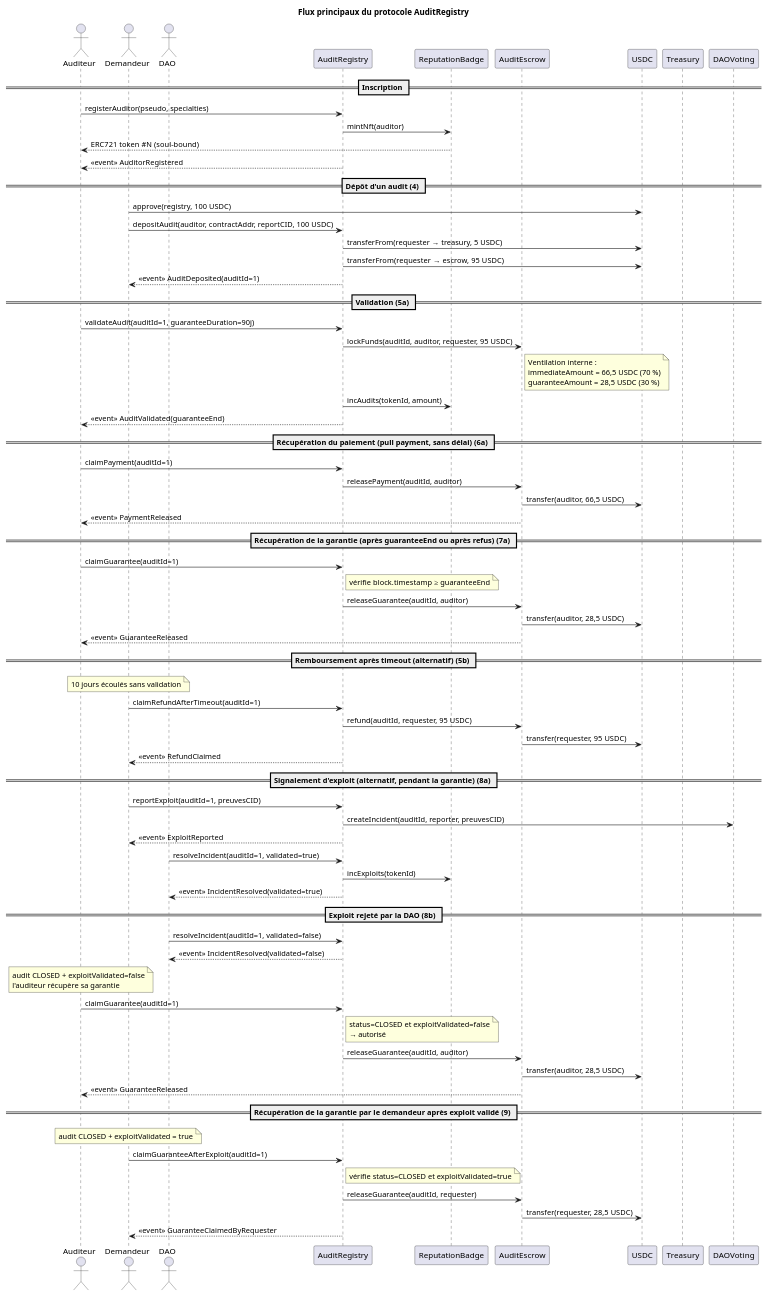
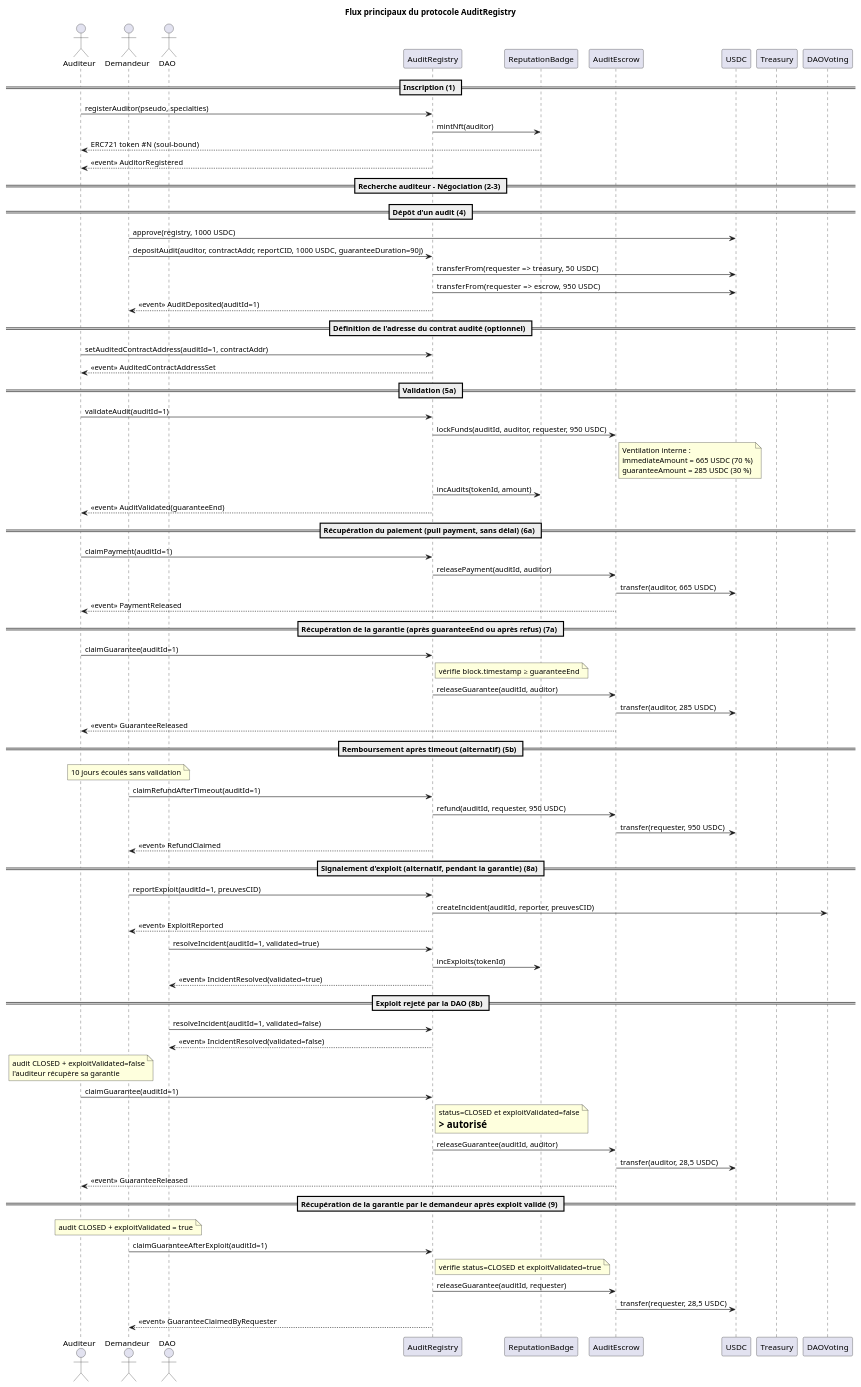
One commit to olivier4429/AlyraProjetFinal changed the diagram in docs/sequence.puml. Above: the diagram before and after it, drawn with PlantUML. The commit also changed 22 other files, not shown here.

```diff
--- a/docs/sequence.puml
+++ b/docs/sequence.puml
@@ -1,94 +1,101 @@
 @startuml sequence
 title Flux principaux du protocole AuditRegistry
 
 actor       Auditeur   as A
 actor       Demandeur  as D
 actor       DAO        as DAO
 participant AuditRegistry  as R
 participant ReputationBadge as B
 participant AuditEscrow    as E
 participant USDC           as U
 participant Treasury       as T
 participant DAOVoting      as V
 
-== Inscription ==
+== Inscription (1) ==
 
 A  -> R : registerAuditor(pseudo, specialties)
 R  -> B : mintNft(auditor)
 B --> A : ERC721 token #N  (soul-bound)
 R --> A : <<event>> AuditorRegistered
 
+== Recherche auditeur - Négociation (2-3) ==
+
 == Dépôt d'un audit (4) ==
 
-D  -> U : approve(registry, 100 USDC)
-D  -> R : depositAudit(auditor, contractAddr, reportCID, 100 USDC)
-R  -> U : transferFrom(requester → treasury,  5 USDC)
-R  -> U : transferFrom(requester → escrow,   95 USDC)
+D  -> U : approve(registry, 1000 USDC)
+D  -> R : depositAudit(auditor, contractAddr, reportCID, 1000 USDC, guaranteeDuration=90j)
+R  -> U : transferFrom(requester => treasury,  50 USDC)
+R  -> U : transferFrom(requester => escrow,   950 USDC)
 R --> D : <<event>> AuditDeposited(auditId=1)
+
+== Définition de l'adresse du contrat audité (optionnel) ==
+
+A  -> R : setAuditedContractAddress(auditId=1, contractAddr)
+R --> A : <<event>> AuditedContractAddressSet
 
 == Validation (5a) ==
 
-A  -> R : validateAudit(auditId=1, guaranteeDuration=90j)
-R  -> E : lockFunds(auditId, auditor, requester, 95 USDC)
+A  -> R : validateAudit(auditId=1)
+R  -> E : lockFunds(auditId, auditor, requester, 950 USDC)
 note right of E
   Ventilation interne :
-  immediateAmount = 66,5 USDC (70 %)
-  guaranteeAmount = 28,5 USDC (30 %)
+  immediateAmount = 665 USDC (70 %)
+  guaranteeAmount = 285 USDC (30 %)
 end note
 R  -> B : incAudits(tokenId, amount)
 R --> A : <<event>> AuditValidated(guaranteeEnd)
 
 == Récupération du paiement (pull payment, sans délai) (6a) ==
 
 A  -> R : claimPayment(auditId=1)
 R  -> E : releasePayment(auditId, auditor)
-E  -> U : transfer(auditor, 66,5 USDC)
+E  -> U : transfer(auditor, 665 USDC)
 E --> A : <<event>> PaymentReleased
 
 == Récupération de la garantie (après guaranteeEnd ou après refus) (7a) ==
 
 A  -> R : claimGuarantee(auditId=1)
 note right of R : vérifie block.timestamp ≥ guaranteeEnd
 R  -> E : releaseGuarantee(auditId, auditor)
-E  -> U : transfer(auditor, 28,5 USDC)
+E  -> U : transfer(auditor, 285 USDC)
 E --> A : <<event>> GuaranteeReleased
 
 == Remboursement après timeout (alternatif) (5b) ==
 
 note over D : 10 jours écoulés sans validation
 D  -> R : claimRefundAfterTimeout(auditId=1)
-R  -> E : refund(auditId, requester, 95 USDC)
-E  -> U : transfer(requester, 95 USDC)
+R  -> E : refund(auditId, requester, 950 USDC)
+E  -> U : transfer(requester, 950 USDC)
 R --> D : <<event>> RefundClaimed
 
 == Signalement d'exploit (alternatif, pendant la garantie) (8a) ==
 
 D  -> R : reportExploit(auditId=1, preuvesCID)
 R  -> V : createIncident(auditId, reporter, preuvesCID)
 R --> D : <<event>> ExploitReported
 
 DAO -> R : resolveIncident(auditId=1, validated=true)
 R  -> B : incExploits(tokenId)
 R --> DAO : <<event>> IncidentResolved(validated=true)
 
 == Exploit rejeté par la DAO (8b) ==
 
 DAO -> R : resolveIncident(auditId=1, validated=false)
 R --> DAO : <<event>> IncidentResolved(validated=false)
 note over A : audit CLOSED + exploitValidated=false\nl'auditeur récupère sa garantie
 A  -> R : claimGuarantee(auditId=1)
-note right of R : status=CLOSED et exploitValidated=false\n→ autorisé
+note right of R : status=CLOSED et exploitValidated=false\n=> autorisé
 R  -> E : releaseGuarantee(auditId, auditor)
 E  -> U : transfer(auditor, 28,5 USDC)
 E --> A : <<event>> GuaranteeReleased
 
 == Récupération de la garantie par le demandeur après exploit validé (9) ==
 
 note over D : audit CLOSED + exploitValidated = true
 D  -> R : claimGuaranteeAfterExploit(auditId=1)
 note right of R : vérifie status=CLOSED et exploitValidated=true
 R  -> E : releaseGuarantee(auditId, requester)
 E  -> U : transfer(requester, 28,5 USDC)
 R --> D : <<event>> GuaranteeClaimedByRequester
 
 @enduml
```
